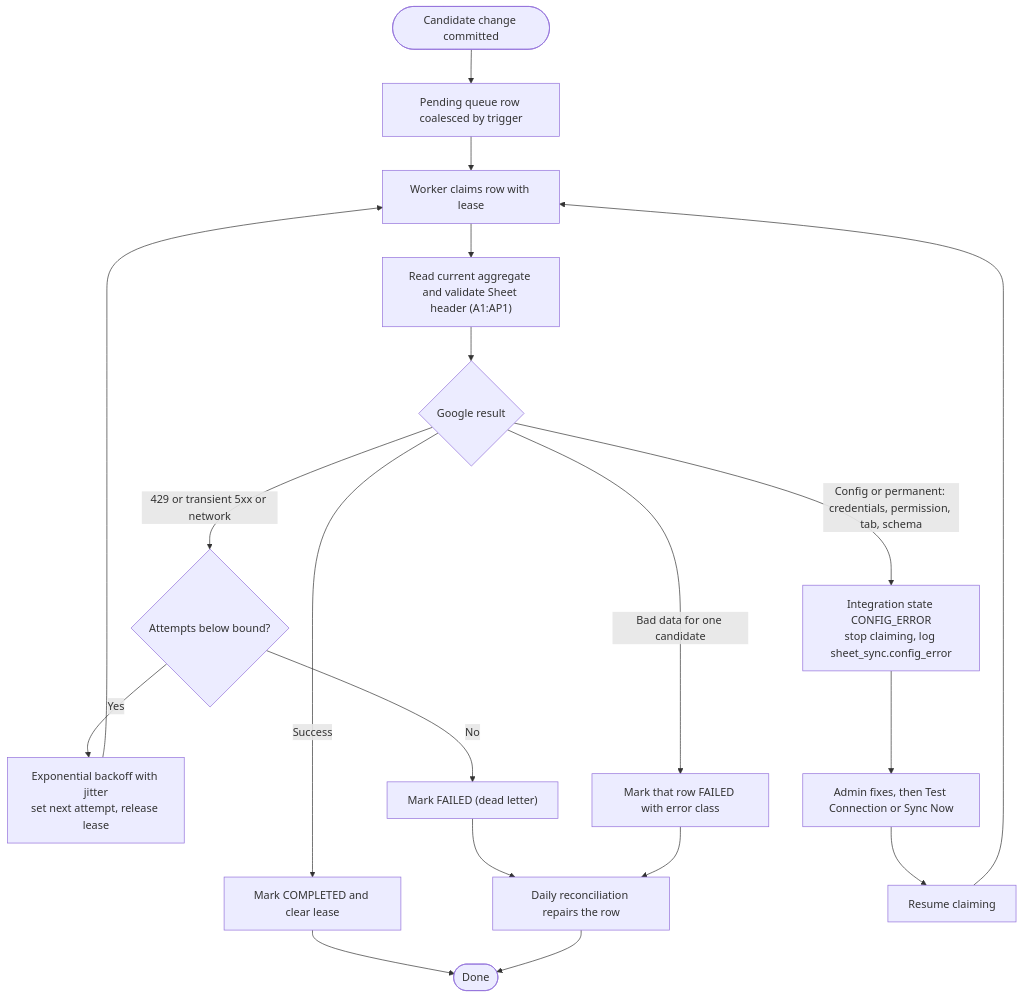
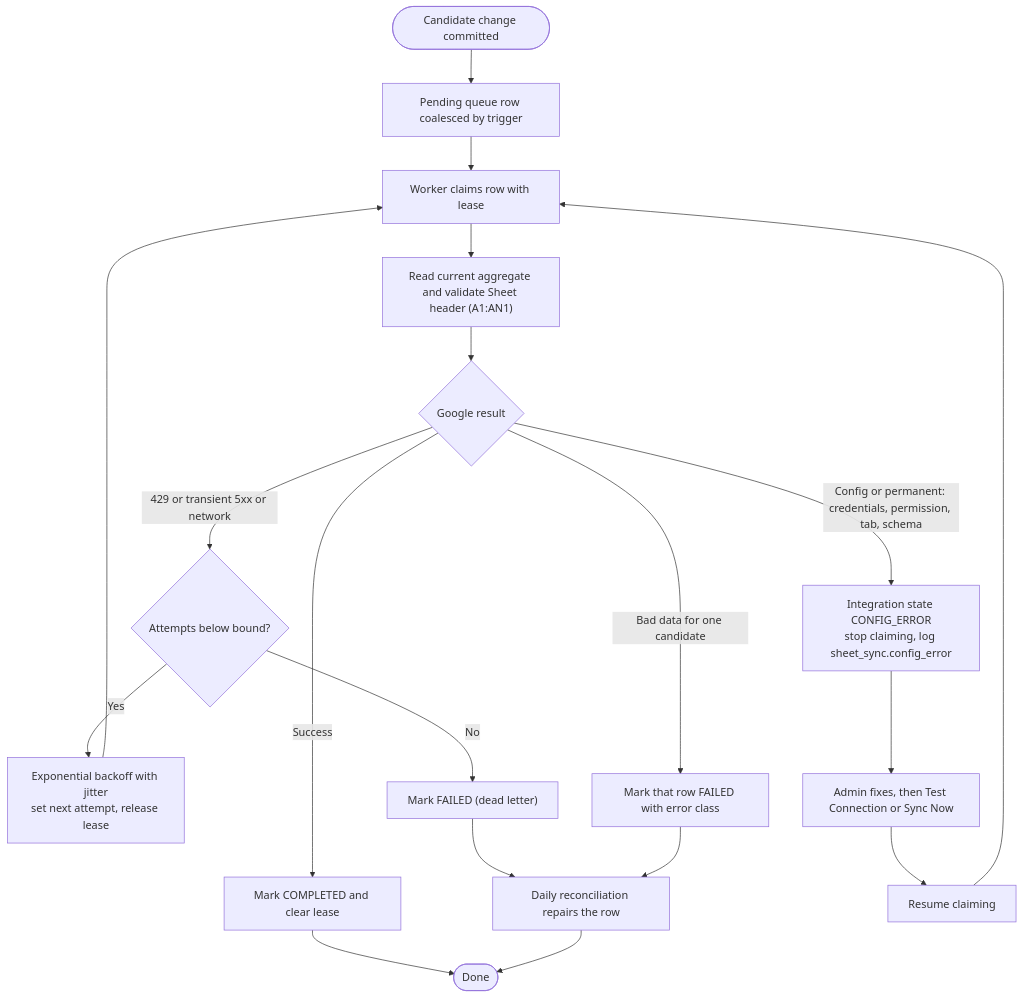
One commit to emlynk-pixel/EmlynkWABot changed the fourth of 11 diagrams in Docs/GOOGLE_SHEET_CANDIDATE_SYNC_ARCHITECTURE.md. Above: the diagram before and after it, drawn with Mermaid. The commit also changed other lines of this file and 16 other files, not shown here.

Commit message:
feat(sheet-sync): add schema mapper and read-only sync foundation

````diff
--- a/Docs/GOOGLE_SHEET_CANDIDATE_SYNC_ARCHITECTURE.md
+++ b/Docs/GOOGLE_SHEET_CANDIDATE_SYNC_ARCHITECTURE.md
@@ -626,25 +579,25 @@
 ```mermaid
 flowchart TD
     A([Candidate change committed]) --> B["Pending queue row coalesced by trigger"]
     B --> C["Worker claims row with lease"]
-    C --> D["Read current aggregate and validate Sheet header (A1:AP1)"]
+    C --> D["Read current aggregate and validate Sheet header (A1:AN1)"]
     D --> E{"Google result"}
 
     E -->|"Success"| F["Mark COMPLETED and clear lease"]
     F --> Z([Done])
 
     E -->|"429 or transient 5xx or network"| G{"Attempts below bound?"}
     G -->|"Yes"| H["Exponential backoff with jitter<br/>set next attempt, release lease"]
     H --> C
     G -->|"No"| I["Mark FAILED (dead letter)"]
     I --> J["Daily reconciliation repairs the row"]
     J --> Z
 
     E -->|"Config or permanent: credentials, permission, tab, schema"| K["Integration state CONFIG_ERROR<br/>stop claiming, log sheet_sync.config_error"]
     K --> L["Admin fixes, then Test Connection or Sync Now"]
     L --> M["Resume claiming"]
     M --> C
 
     E -->|"Bad data for one candidate"| N["Mark that row FAILED with error class"]
     N --> J
 ```
````
